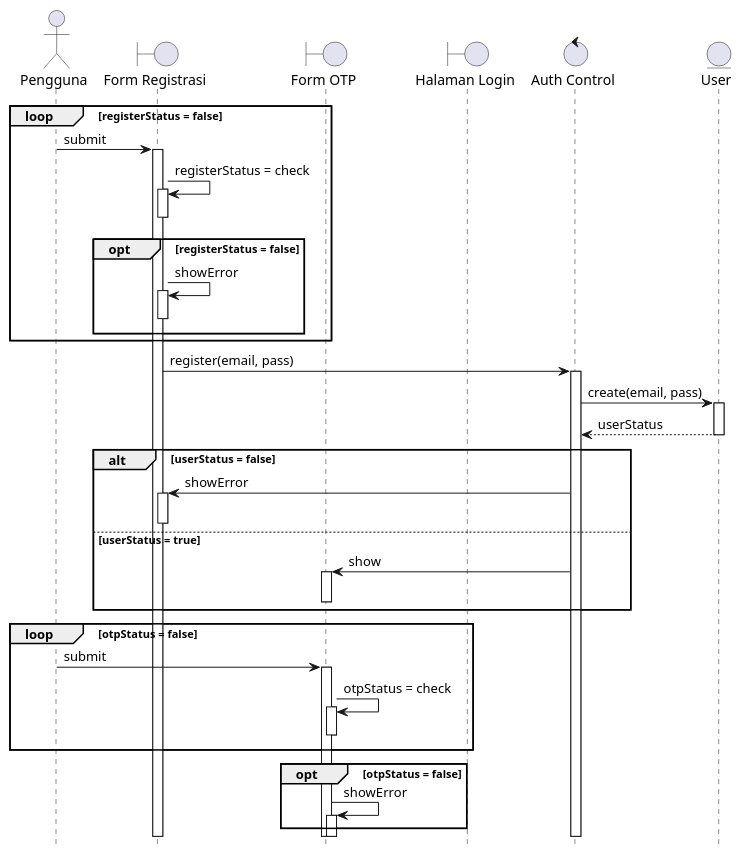
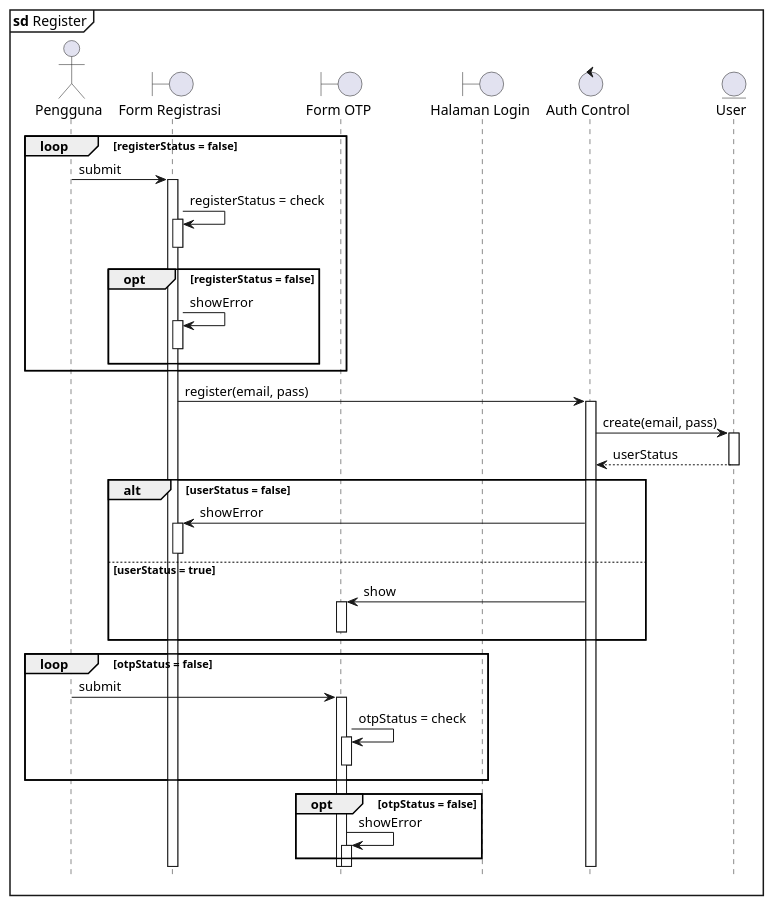
The diagram in sequence/register.puml (clarestarahma/manajemen-investasi), drawn with PlantUML before and after one commit. The commit also changed 1 other file, not shown here.

Commit message:
login sm regist kurang mainframe

```diff
--- a/sequence/register.puml
+++ b/sequence/register.puml
@@ -1,46 +1,48 @@
 @startuml Sequence
 
 hide footbox
 autoactivate on
+
+mainframe **sd** Register
 
 actor "Pengguna"
 boundary "Form Registrasi" as FR
 boundary "Form OTP" as FOTP
 boundary "Halaman Login" as HL
 control "Auth Control" as AC
 ' entity "Auth Service" as ASR
 entity "User" as user
 
 loop registerStatus = false
     Pengguna -> FR: submit
     FR -> FR: registerStatus = check 
     deactivate FR
 
     opt registerStatus = false
         FR -> FR: showError
         deactivate FR
     end
 end 
 
 FR -> AC : register(email, pass)
 AC -> user : create(email, pass)
 user --> AC : userStatus
 
 alt userStatus = false
     AC -> FR : showError
     deactivate FR  
 else userStatus = true 
     AC -> FOTP : show
     deactivate FOTP
 end
     loop otpStatus = false
         Pengguna -> FOTP: submit
         FOTP -> FOTP: otpStatus = check
         deactivate FOTP
     end
         opt otpStatus = false
             FOTP -> FOTP: showError
         end
 
 
 @enduml
```
